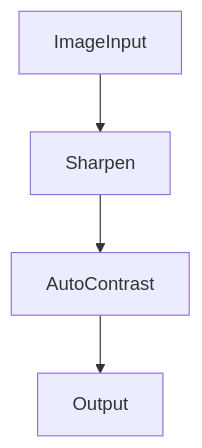
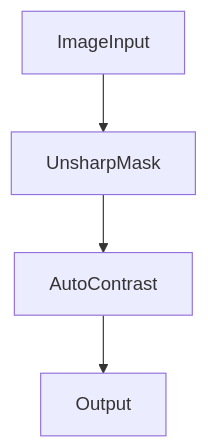
The first of 17 diagrams in docs/cookbook/patterns.md (nodetool-ai/nodetool), drawn with Mermaid before and after one commit. The commit also changed other lines of this file and 683 other files, not shown here.

```diff
--- a/docs/cookbook/patterns.md
+++ b/docs/cookbook/patterns.md
@@ -22,10 +22,10 @@
 {% mermaid %}
 graph TD
   output["Output"]
   image_input["ImageInput"]
-  sharpen["Sharpen"]
+  sharpen["UnsharpMask"]
   auto_contrast["AutoContrast"]
   image_input --> sharpen
   sharpen --> auto_contrast
   auto_contrast --> output
 {% endmermaid %}
```
